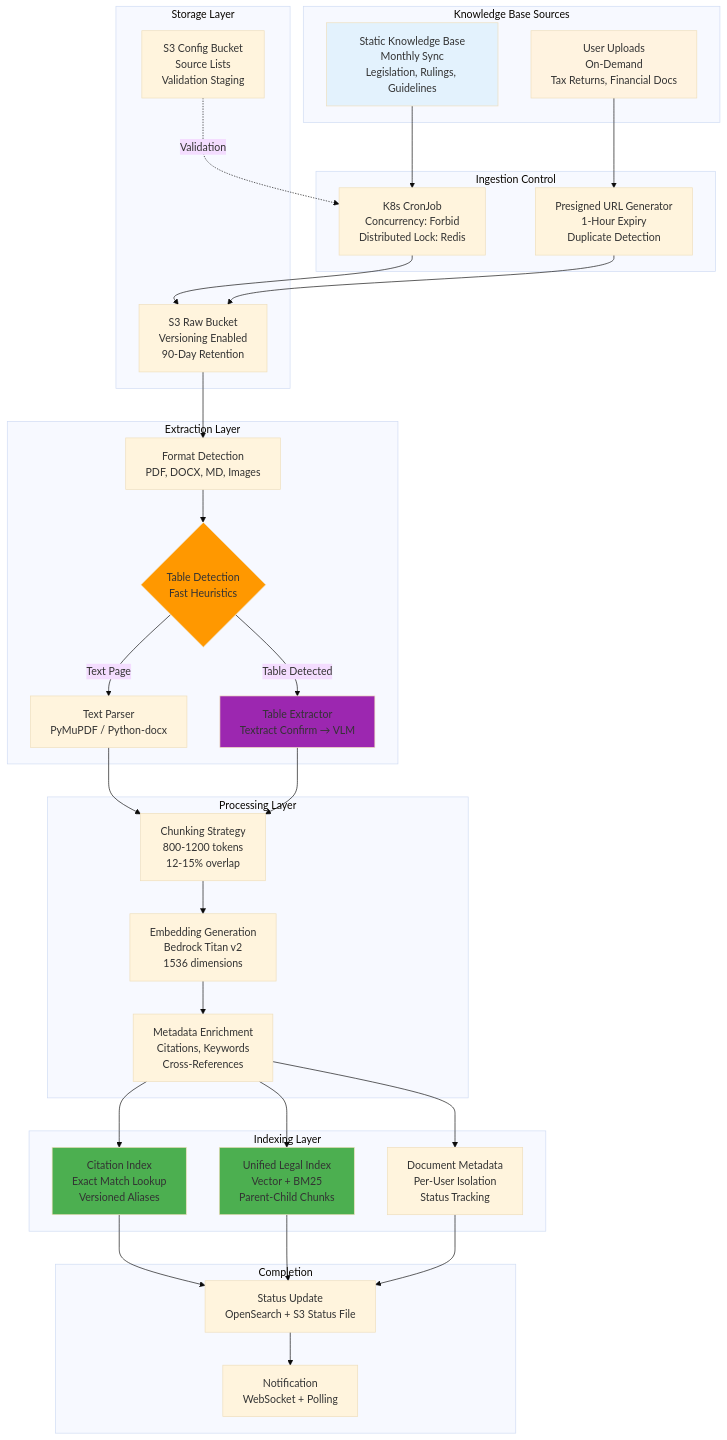
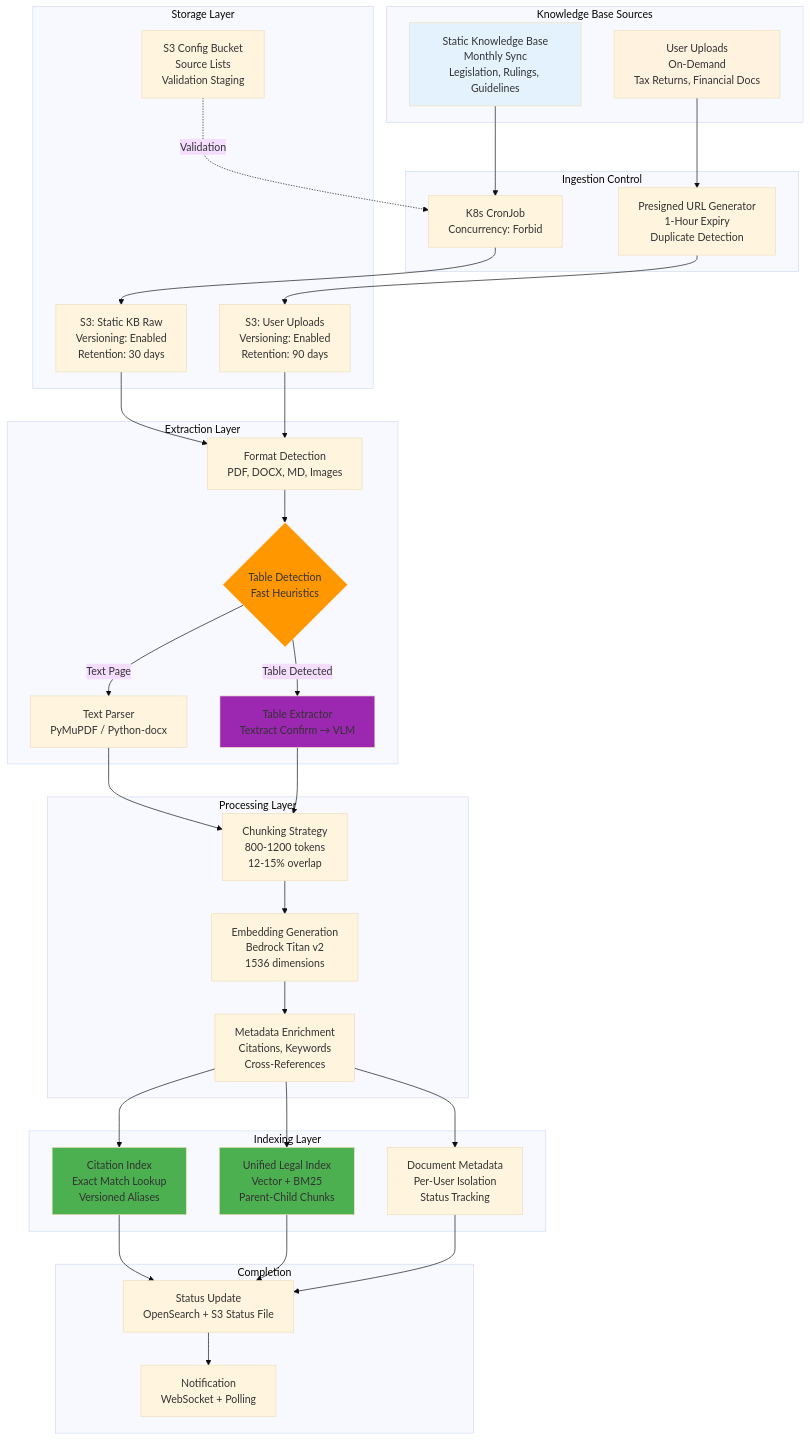
Before and after one commit to anguyenbus/case_chat: the first of 22 diagrams in case_assistant/system_design/02-document-ingestion.md, drawn with Mermaid (base theme). The commit also changed other lines of this file, not shown here.

````diff
--- a/case_assistant/system_design/02-document-ingestion.md
+++ b/case_assistant/system_design/02-document-ingestion.md
@@ -12,69 +12,71 @@
 ```mermaid
 graph TB
     subgraph "Knowledge Base Sources"
         STATIC[Static Knowledge Base<br/>Monthly Sync<br/>Legislation, Rulings, Guidelines]
         USER[User Uploads<br/>On-Demand<br/>Tax Returns, Financial Docs]
     end
 
     subgraph "Ingestion Control"
-        CRON[K8s CronJob<br/>Concurrency: Forbid<br/>Distributed Lock: Redis]
+        CRON[K8s CronJob<br/>Concurrency: Forbid]
         PRE[Presigned URL Generator<br/>1-Hour Expiry<br/>Duplicate Detection]
     end
 
     subgraph "Storage Layer"
-        RAW_S3[S3 Raw Bucket<br/>Versioning Enabled<br/>90-Day Retention]
+        STATIC_S3[S3: Static KB Raw<br/>Versioning: Enabled<br/>Retention: 30 days]
+        USER_S3[S3: User Uploads<br/>Versioning: Enabled<br/>Retention: 90 days]
         CONFIG_S3[S3 Config Bucket<br/>Source Lists<br/>Validation Staging]
     end
 
     subgraph "Extraction Layer"
         DETECT[Format Detection<br/>PDF, DOCX, MD, Images]
         TABLE_SCAN{Table Detection<br/>Fast Heuristics}
         TEXTRACT[Text Parser<br/>PyMuPDF / Python-docx]
         VLM[Table Extractor<br/>Textract Confirm → VLM]
     end
 
     subgraph "Processing Layer"
         CHUNK[Chunking Strategy<br/>800-1200 tokens<br/>12-15% overlap]
         EMBED[Embedding Generation<br/>Bedrock Titan v2<br/>1536 dimensions]
         ENRICH[Metadata Enrichment<br/>Citations, Keywords<br/>Cross-References]
     end
 
     subgraph "Indexing Layer"
         CITATION[Citation Index<br/>Exact Match Lookup<br/>Versioned Aliases]
         UNIFIED[Unified Legal Index<br/>Vector + BM25<br/>Parent-Child Chunks]
         META[Document Metadata<br/>Per-User Isolation<br/>Status Tracking]
     end
 
     subgraph "Completion"
         STATUS[Status Update<br/>OpenSearch + S3 Status File]
  NOTIFY[Notification<br/>WebSocket + Polling]
     end
 
     STATIC --> CRON
     USER --> PRE
-    CRON --> RAW_S3
-    PRE --> RAW_S3
+    CRON --> STATIC_S3
+    PRE --> USER_S3
     CONFIG_S3 -.Validation.-> CRON
-    RAW_S3 --> DETECT
+    STATIC_S3 --> DETECT
+    USER_S3 --> DETECT
     DETECT --> TABLE_SCAN
     TABLE_SCAN -->|Text Page| TEXTRACT
     TABLE_SCAN -->|Table Detected| VLM
     TEXTRACT --> CHUNK
     VLM --> CHUNK
     CHUNK --> EMBED
     EMBED --> ENRICH
     ENRICH --> CITATION
     ENRICH --> UNIFIED
     ENRICH --> META
     CITATION --> STATUS
     UNIFIED --> STATUS
     META --> STATUS
     STATUS --> NOTIFY
 
     style STATIC fill:#E3F2FD
     style USER fill:#FFF3E0
     style TABLE_SCAN fill:#FF9800
     style VLM fill:#9C27B0
     style CITATION fill:#4CAF50
     style UNIFIED fill:#4CAF50
 ```
````
